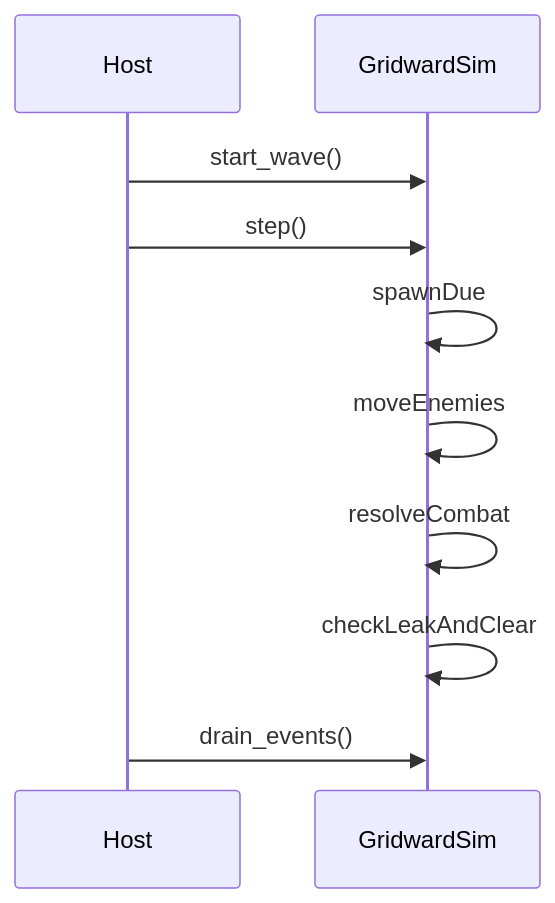
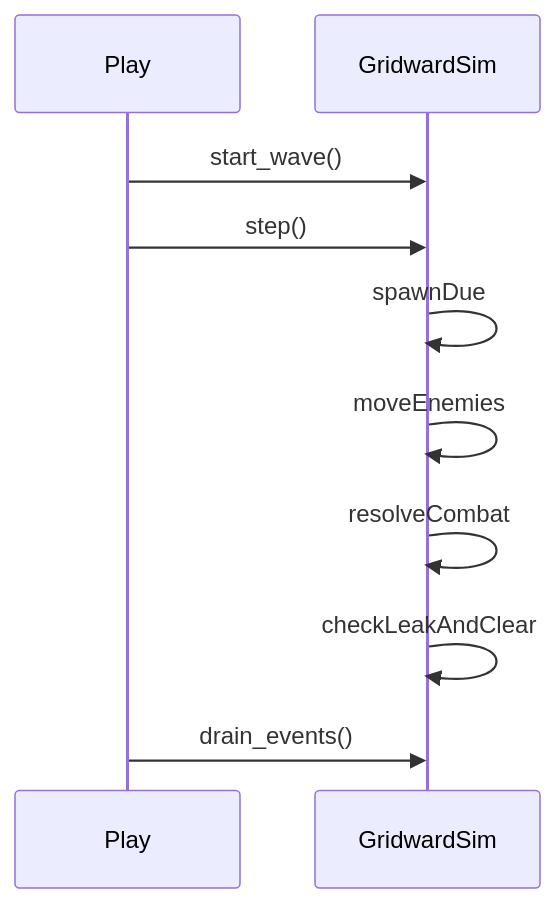
Before and after one commit to kblaszki/godot-game: the fourth of 4 diagrams in games/gridward/docs/explanation/flow.md, drawn with Mermaid. The commit also changed other lines of this file and 10 other files, not shown here.

First line of the commit message:
Wire Gridward play HUD and pause to sim commands.

````diff
--- a/games/gridward/docs/explanation/flow.md
+++ b/games/gridward/docs/explanation/flow.md
@@ -55,12 +75,12 @@
 ```mermaid
 sequenceDiagram
-  participant Host
+  participant Play
   participant Sim as GridwardSim
-  Host->>Sim: start_wave()
-  Host->>Sim: step()
+  Play->>Sim: start_wave()
+  Play->>Sim: step()
   Sim->>Sim: spawnDue
   Sim->>Sim: moveEnemies
   Sim->>Sim: resolveCombat
   Sim->>Sim: checkLeakAndClear
-  Host->>Sim: drain_events()
+  Play->>Sim: drain_events()
 ```
````
